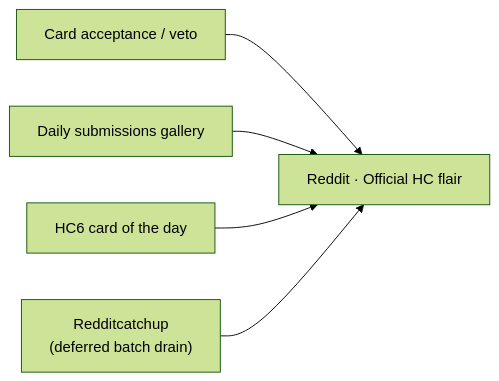
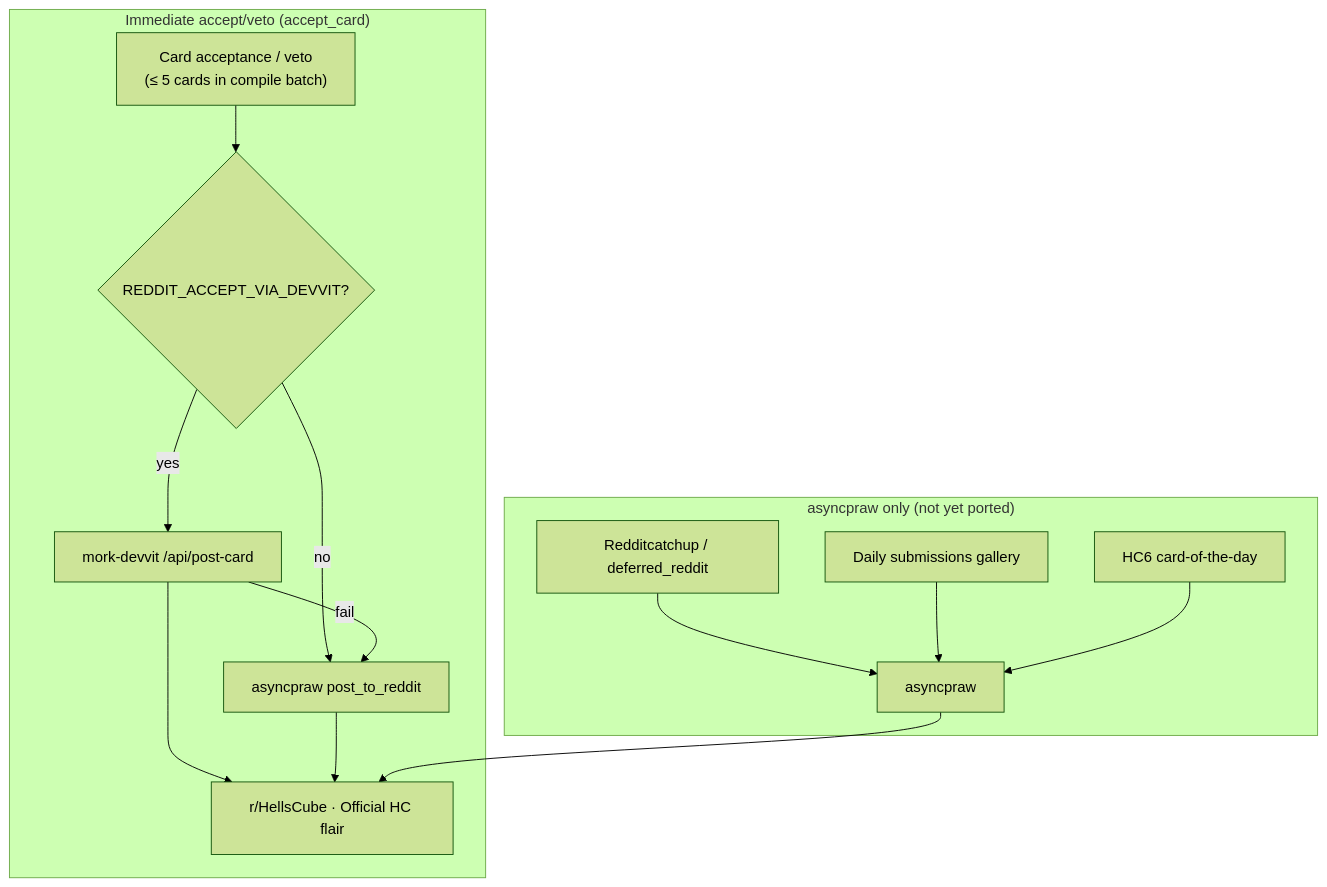
The third of 5 diagrams in docs/card-flows/background.md (bones-bones/mork), drawn with Mermaid (forest theme) before and after one commit. The commit also changed other lines of this file and 22 other files, not shown here.

First line of the commit message:
Add Devvit stage-1 Reddit migration with hellscube-bridge app.

````diff
--- a/docs/card-flows/background.md
+++ b/docs/card-flows/background.md
@@ -57,7 +59,18 @@
 ```mermaid
-flowchart LR
-  ACC["Card acceptance / veto"] --> RED["Reddit · Official HC flair"]
-  GAL["Daily submissions gallery"] --> RED
-  COTD["HC6 card of the day"] --> RED
-  RC["Redditcatchup<br/>(deferred batch drain)"] --> RED
+flowchart TD
+  subgraph immediate["Immediate accept/veto (accept_card)"]
+    ACC["Card acceptance / veto<br/>(≤ 5 cards in compile batch)"] --> FLAG{"REDDIT_ACCEPT_VIA_DEVVIT?"}
+    FLAG -->|yes| DEV["mork-devvit /api/post-card"]
+    FLAG -->|no| PRAW1["asyncpraw post_to_reddit"]
+    DEV -->|fail| PRAW1
+    DEV --> RED["r/HellsCube · Official HC flair"]
+    PRAW1 --> RED
+  end
+
+  subgraph asyncpraw_only["asyncpraw only (not yet ported)"]
+    RC["Redditcatchup / deferred_reddit"] --> PRAW2["asyncpraw"]
+    GAL["Daily submissions gallery"] --> PRAW2
+    COTD["HC6 card-of-the-day"] --> PRAW2
+    PRAW2 --> RED
+  end
 ```
````
